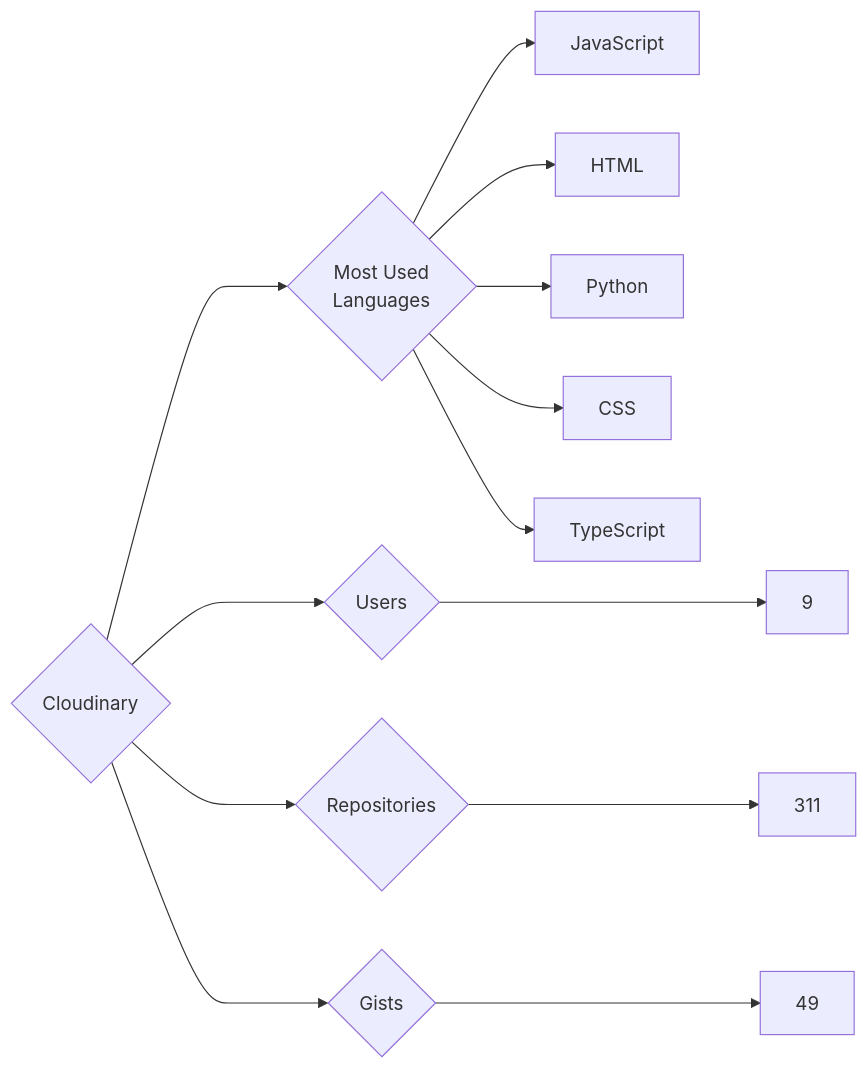
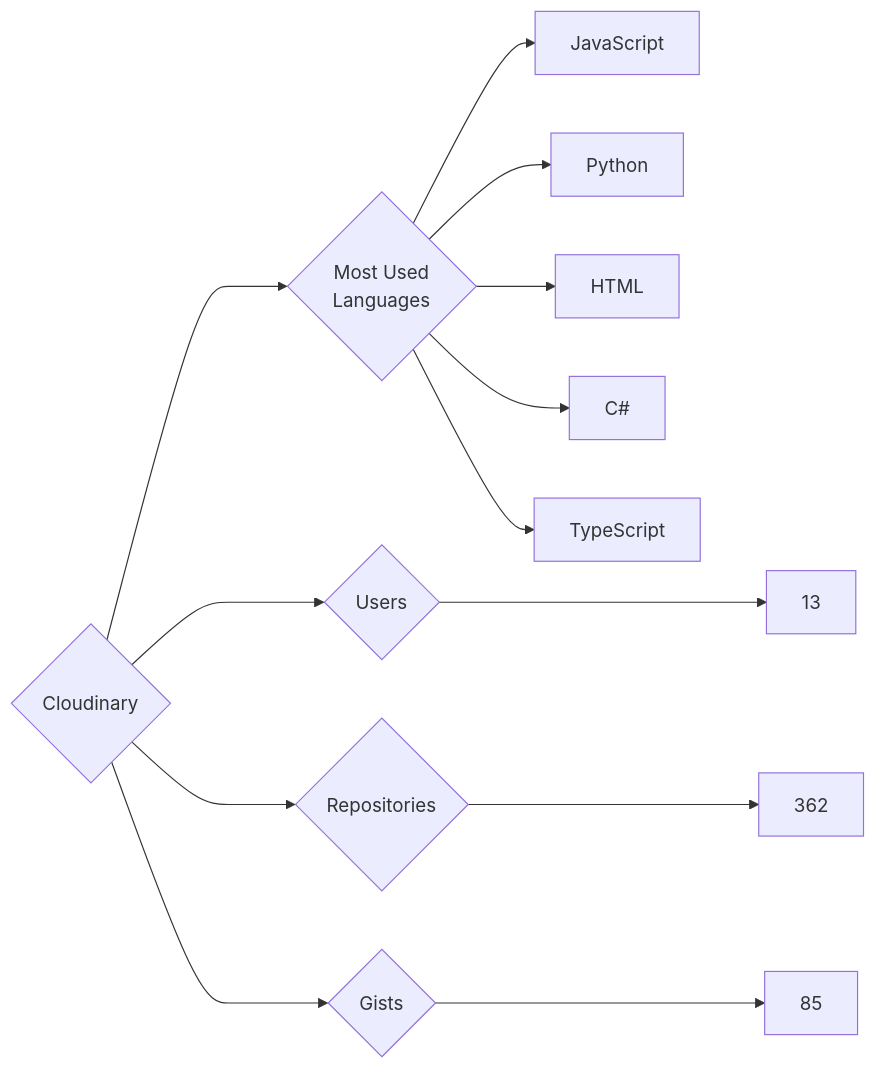
Before and after one commit to trickest/insiders: the diagram in targets/Cloudinary/README.md, drawn with Mermaid. The commit also changed 618 other files, not shown here.

````diff
--- a/targets/Cloudinary/README.md
+++ b/targets/Cloudinary/README.md
@@ -3,13 +3,13 @@
 ```mermaid
 graph LR
 COMPANY_NAME{Cloudinary}
-COMPANY_NAME ---> U{Users} ---> UN[9]
-COMPANY_NAME ---> R{Repositories} ---> RN[311]
-COMPANY_NAME ---> G{Gists} ---> GN[49]
+COMPANY_NAME ---> U{Users} ---> UN[13]
+COMPANY_NAME ---> R{Repositories} ---> RN[362]
+COMPANY_NAME ---> G{Gists} ---> GN[85]
 COMPANY_NAME ---> ML{Most Used<br>Languages}
 ML --> JavaScript[JavaScript]
+ML --> Python[Python]
 ML --> HTML[HTML]
-ML --> Python[Python]
-ML --> CSS[CSS]
+ML --> C#[C#]
 ML --> TypeScript[TypeScript]
 ```
````
